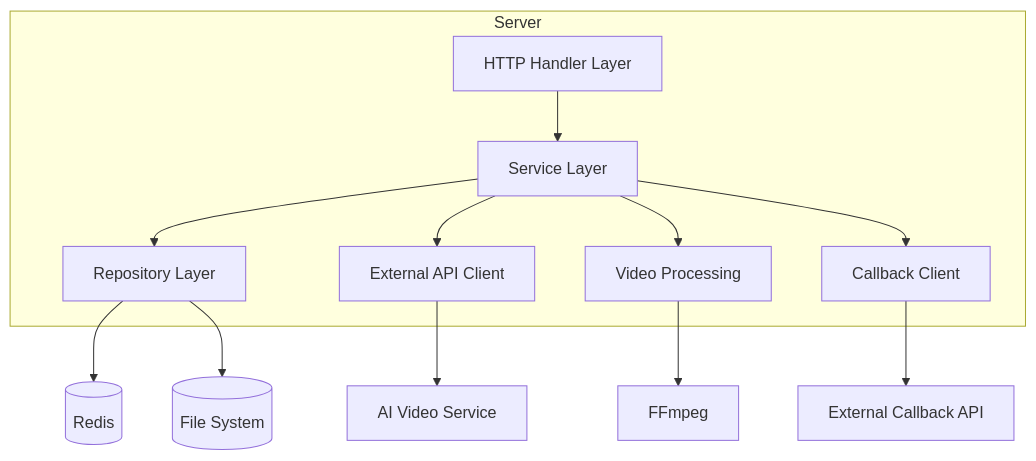
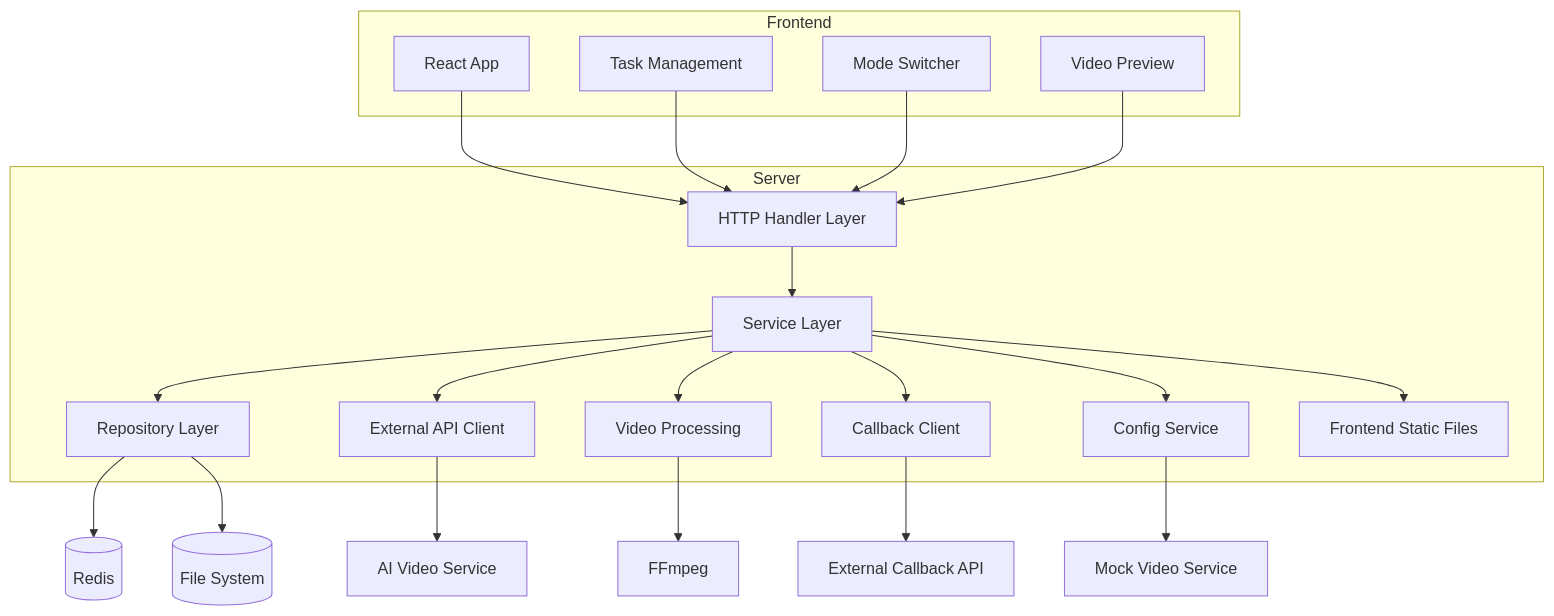
Before and after one commit to dominantculture2024/genVideoSub: the second of 3 diagrams in .trae/documents/AI影片生成服務-技術架構文檔.md, drawn with Mermaid. The commit also changed other lines of this file and 1 other file, not shown here.

````diff
--- a/.trae/documents/AI影片生成服務-技術架構文檔.md
+++ b/.trae/documents/AI影片生成服務-技術架構文檔.md
@@ -143,25 +215,44 @@
 ```mermaid
 graph TD
     A[HTTP Handler Layer] --> B[Service Layer]
     B --> C[Repository Layer]
     C --> D[(Redis)]
     C --> E[(File System)]
     
     B --> F[External API Client]
     F --> G[AI Video Service]
     
     B --> H[Video Processing]
     H --> I[FFmpeg]
     
     B --> J[Callback Client]
     J --> K[External Callback API]
+    
+    B --> L[Config Service]
+    L --> M[Mock Video Service]
+    
+    B --> N[Frontend Static Files]
 
     subgraph Server
         A
         B
         C
         F
         H
         J
+        L
+        N
     end
+    
+    subgraph Frontend
+        O[React App]
+        P[Task Management]
+        Q[Mode Switcher]
+        R[Video Preview]
+    end
+    
+    O --> A
+    P --> A
+    Q --> A
+    R --> A
 ```
````
